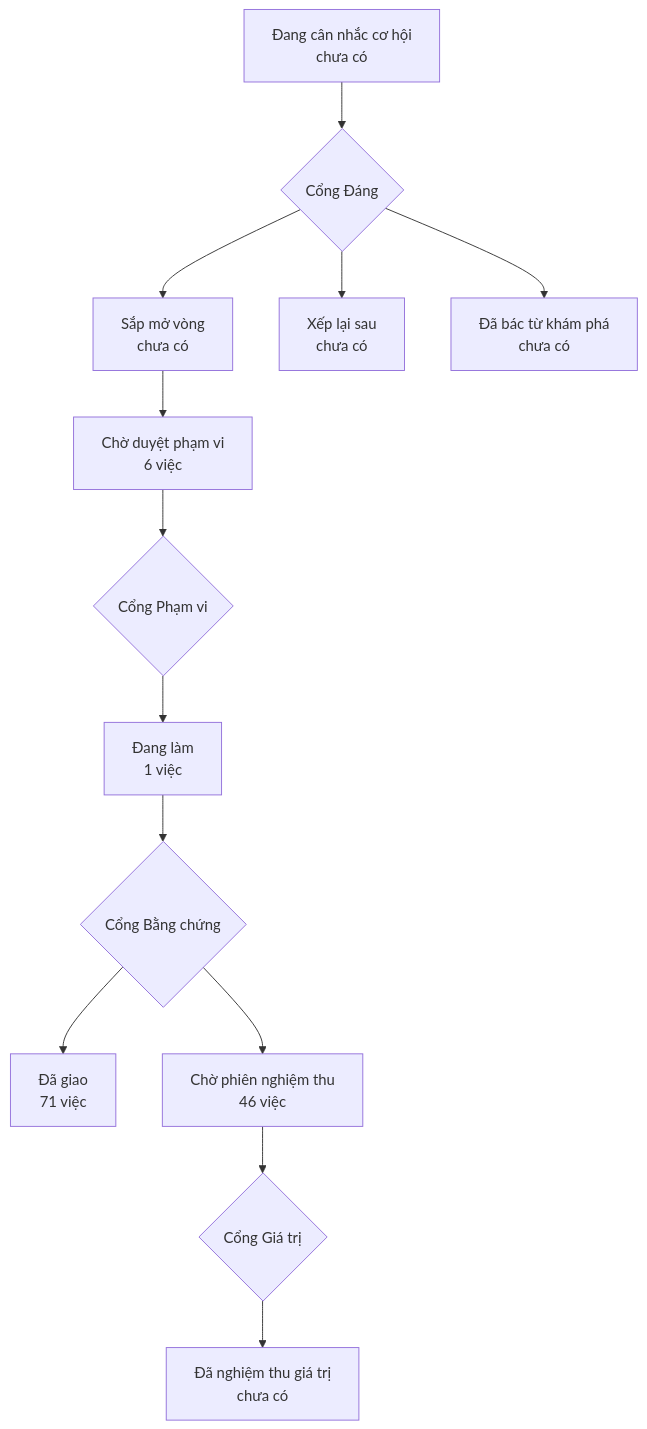
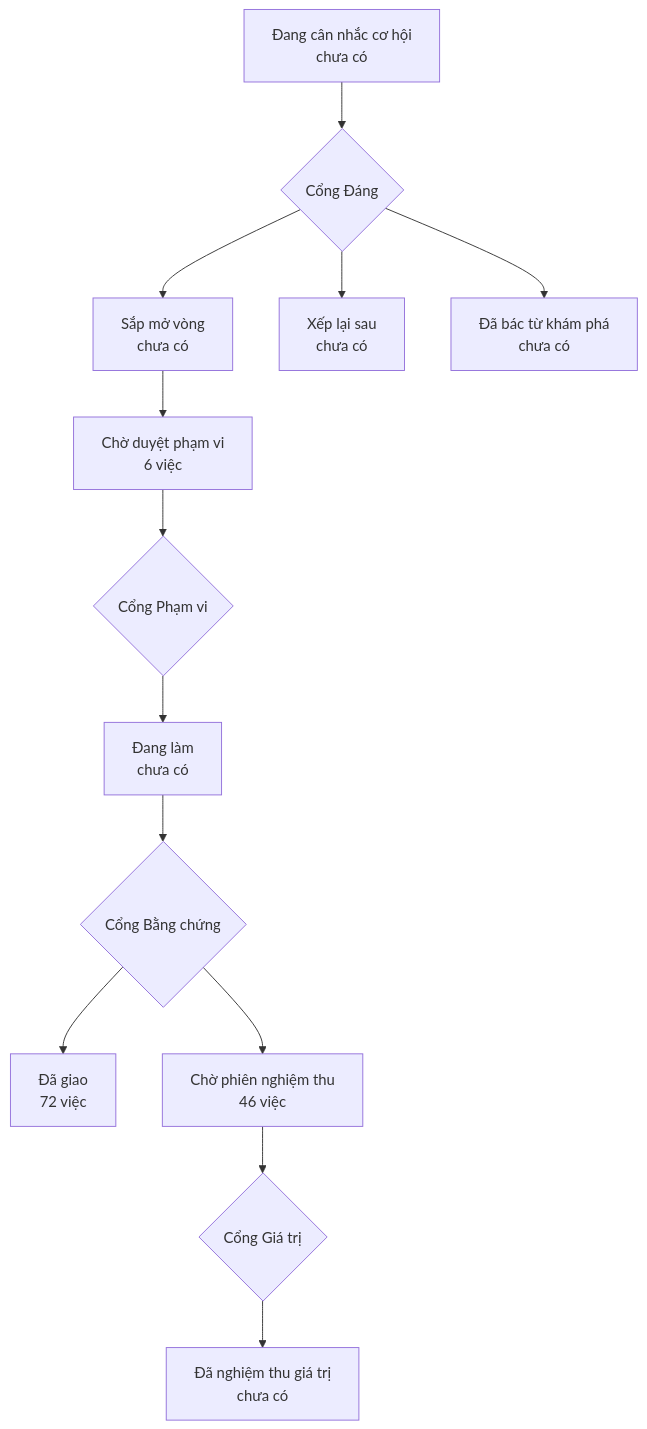
The diagram in PRODUCT-MAP.md (phanlemanh/onehub-invest), drawn with Mermaid before and after one commit. The commit also changed other lines of this file and 4 other files, not shown here.

````diff
--- a/PRODUCT-MAP.md
+++ b/PRODUCT-MAP.md
@@ -7,12 +7,12 @@
 ```mermaid
 flowchart TD
   A["Đang cân nhắc cơ hội<br/>chưa có"] --> GD{"Cổng Đáng"}
   GD --> B["Sắp mở vòng<br/>chưa có"]
   GD --> XL["Xếp lại sau<br/>chưa có"]
   GD --> DB["Đã bác từ khám phá<br/>chưa có"]
   B --> CD["Chờ duyệt phạm vi<br/>6 việc"] --> GP{"Cổng Phạm vi"}
-  GP --> DL["Đang làm<br/>1 việc"] --> GB{"Cổng Bằng chứng"}
-  GB --> DG["Đã giao<br/>71 việc"]
+  GP --> DL["Đang làm<br/>chưa có"] --> GB{"Cổng Bằng chứng"}
+  GB --> DG["Đã giao<br/>72 việc"]
   GB --> CN["Chờ phiên nghiệm thu<br/>46 việc"] --> GG{"Cổng Giá trị"}
   GG --> NT["Đã nghiệm thu giá trị<br/>chưa có"]
 ```
````
